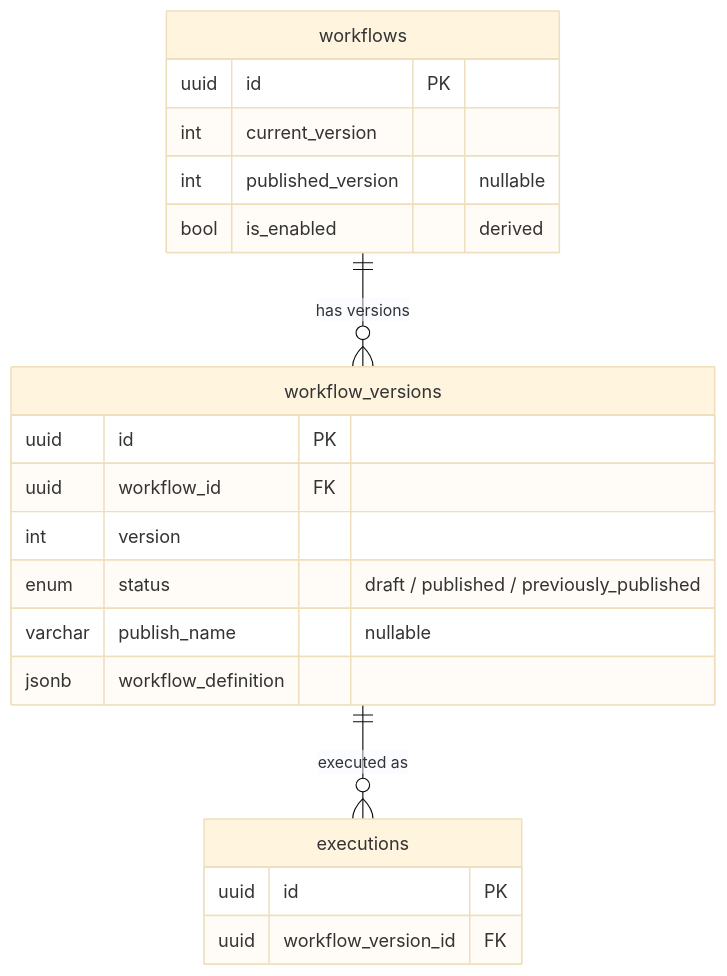
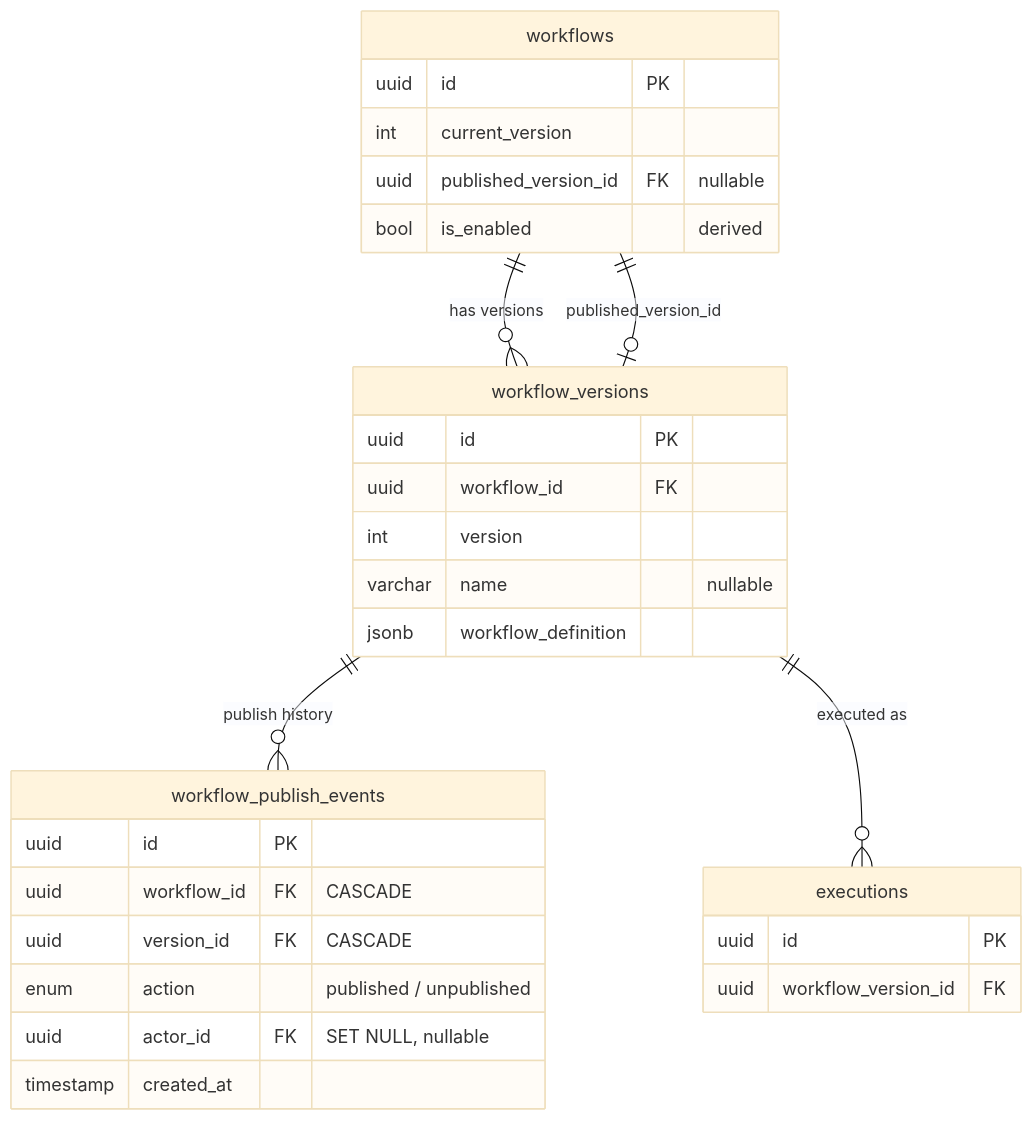
Before and after one commit to alinabuzachis/syntara: the third of 4 diagrams in backend/docs/workflow-versioning.md, drawn with Mermaid (base theme). The commit also changed other lines of this file and 126 other files, not shown here.

First line of the commit message:
refactor(ANSTRAT-2162): replace version status enum with published_version_id FK (#545)

````diff
--- a/backend/docs/workflow-versioning.md
+++ b/backend/docs/workflow-versioning.md
@@ -104,23 +111,32 @@
 ```mermaid
 erDiagram
     workflows ||--o{ workflow_versions : "has versions"
+    workflows ||--o| workflow_versions : "published_version_id"
     workflows {
         uuid id PK
         int current_version
-        int published_version "nullable"
+        uuid published_version_id FK "nullable"
         bool is_enabled "derived"
     }
     workflow_versions {
         uuid id PK
         uuid workflow_id FK
         int version
-        enum status "draft / published / previously_published"
-        varchar publish_name "nullable"
+        varchar name "nullable"
         jsonb workflow_definition
+    }
+    workflow_versions ||--o{ workflow_publish_events : "publish history"
+    workflow_publish_events {
+        uuid id PK
+        uuid workflow_id FK "CASCADE"
+        uuid version_id FK "CASCADE"
+        enum action "published / unpublished"
+        uuid actor_id FK "SET NULL, nullable"
+        timestamp created_at
     }
     workflow_versions ||--o{ executions : "executed as"
     executions {
         uuid id PK
         uuid workflow_version_id FK
     }
 ```
````
